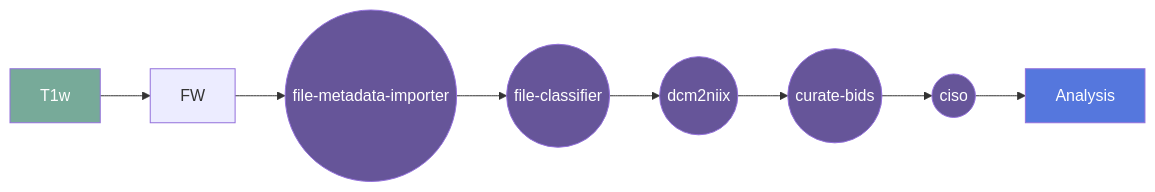
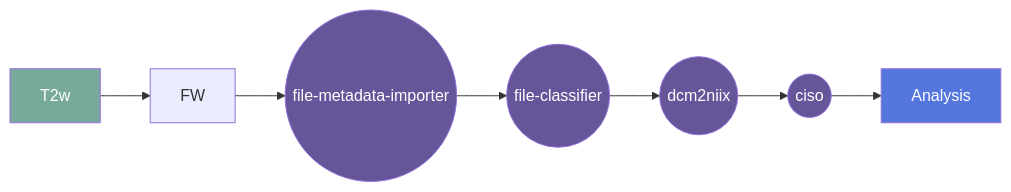
One commit to Nialljb/CISO changed the diagram in README.md. Above: the diagram before and after it, drawn with Mermaid. The commit also changed other lines of this file, not shown here.

````diff
--- a/README.md
+++ b/README.md
@@ -130,15 +128,14 @@
 ```mermaid
   graph LR;
-    A[T1w]:::input --> FW;
+    A[T2w]:::input --> FW;
     FW[FW] --> FMI;
     FMI((file-metadata-importer)):::gear --> FC;
     FC((file-classifier)):::gear --> D2N;
-    D2N((dcm2niix)):::gear --> CB;
-    CB((curate-bids)):::gear --> BQP;
-    BQP((ciso)):::gear --> ANA;
+    D2N((dcm2niix)):::gear --> CISO;
+    CISO((ciso)):::gear --> ANA;
     ANA[Analysis]:::container;
     
     classDef container fill:#57d,color:#fff
     classDef input fill:#7a9,color:#fff
     classDef gear fill:#659,color:#fff
 ```
````
